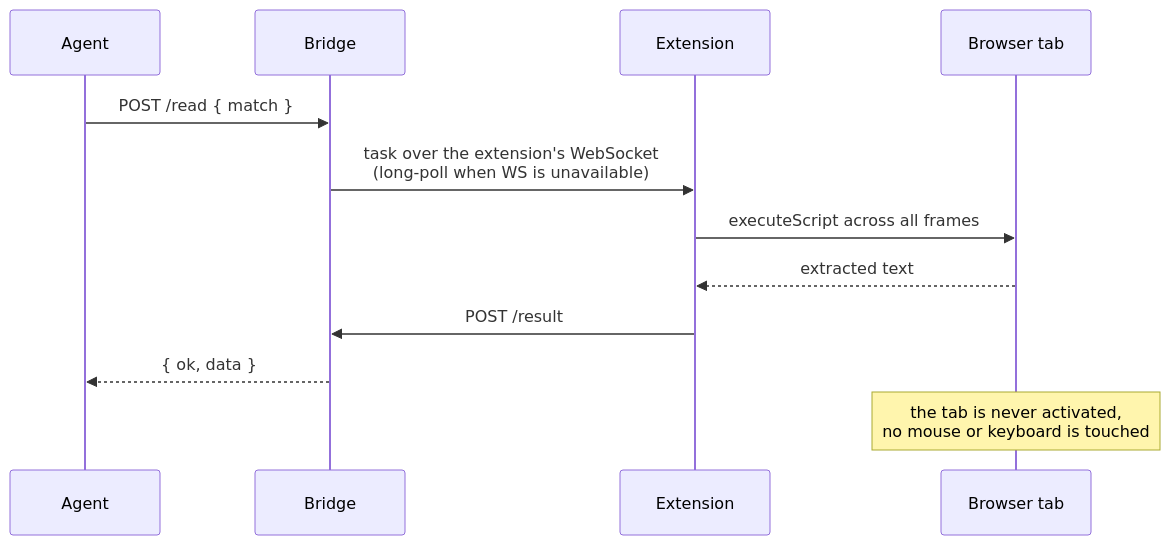
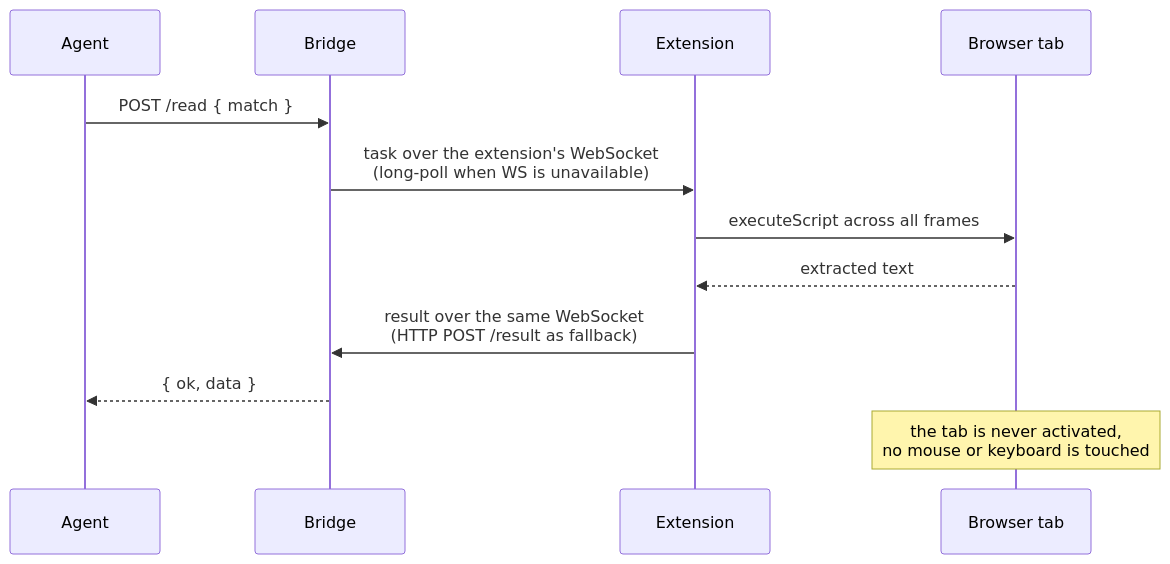
Before and after one commit to hhhwdt/agent-browser-bridge: the second of 3 diagrams in README.md, drawn with Mermaid. The commit also changed other lines of this file and 8 other files, not shown here.

````diff
--- a/README.md
+++ b/README.md
@@ -83,14 +83,14 @@
 ```mermaid
 sequenceDiagram
     participant A as Agent
     participant S as Bridge
     participant X as Extension
     participant B as Browser tab
     A->>S: POST /read { match }
     S->>X: task over the extension's WebSocket<br/>(long-poll when WS is unavailable)
     X->>B: executeScript across all frames
     B-->>X: extracted text
-    X->>S: POST /result
+    X->>S: result over the same WebSocket<br/>(HTTP POST /result as fallback)
     S-->>A: { ok, data }
     Note over B: the tab is never activated,<br/>no mouse or keyboard is touched
 ```
````
